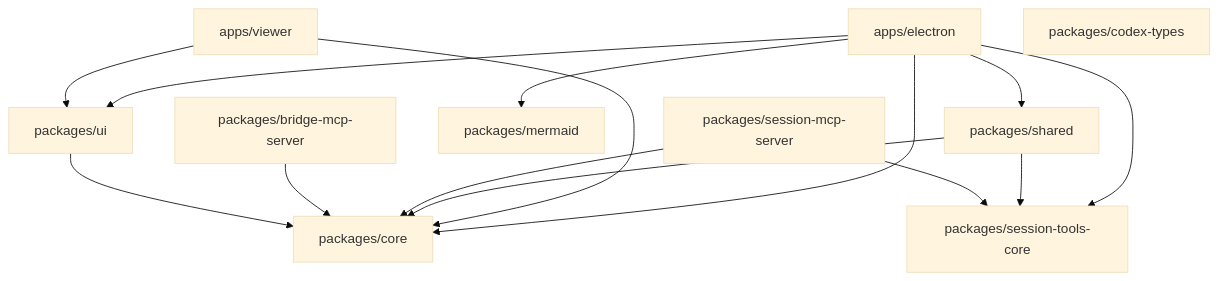
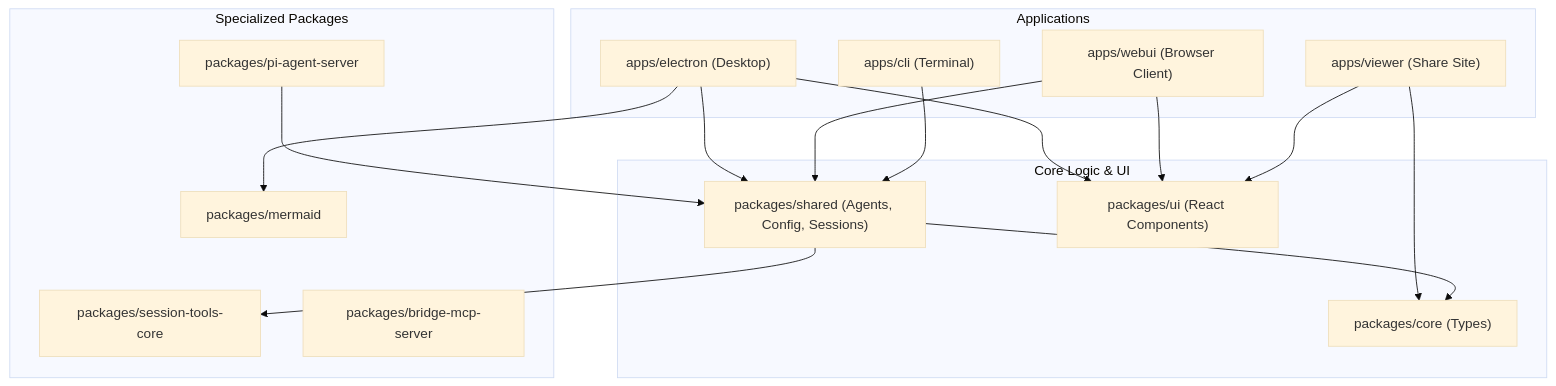
One commit to blackcater/zentree changed the first of 2 diagrams in docs/lukilabs_craft-agents-oss/overview.md. Above: the diagram before and after it, drawn with Mermaid (base theme). The commit also changed other lines of this file and 232 other files, not shown here.

````diff
--- a/docs/lukilabs_craft-agents-oss/overview.md
+++ b/docs/lukilabs_craft-agents-oss/overview.md
@@ -97,32 +76,38 @@
 ```mermaid
 graph TD
-  electronApp["apps/electron"]
-  viewer["apps/viewer"]
-  shared["packages/shared"]
-  core["packages/core"]
-  ui["packages/ui"]
-  mermaid["packages/mermaid"]
-  codexTypes["packages/codex-types"]
-  sessionToolsCore["packages/session-tools-core"]
-  bridgeMcp["packages/bridge-mcp-server"]
-  sessionMcp["packages/session-mcp-server"]
+  subgraph "Applications"
+    electronApp["apps/electron (Desktop)"]
+    webui["apps/webui (Browser Client)"]
+    viewer["apps/viewer (Share Site)"]
+    cli["apps/cli (Terminal)"]
+  end
+
+  subgraph "Core Logic & UI"
+    shared["packages/shared (Agents, Config, Sessions)"]
+    ui["packages/ui (React Components)"]
+    core["packages/core (Types)"]
+  end
+
+  subgraph "Specialized Packages"
+    mermaid["packages/mermaid"]
+    sessionTools["packages/session-tools-core"]
+    mcpBridge["packages/bridge-mcp-server"]
+    piAgentServer["packages/pi-agent-server"]
+  end
 
   electronApp --> shared
-  electronApp --> core
   electronApp --> ui
   electronApp --> mermaid
-  electronApp --> sessionToolsCore
-
+  
+  webui --> shared
+  webui --> ui
+  
+  viewer --> ui
   viewer --> core
-  viewer --> ui
-
+  
   shared --> core
-  shared --> sessionToolsCore
-
-  sessionMcp --> sessionToolsCore
-  sessionMcp --> core
-
-  bridgeMcp --> core
-
-  ui --> core
+  shared --> sessionTools
+  
+  piAgentServer --> shared
+  cli --> shared
 ```
````
